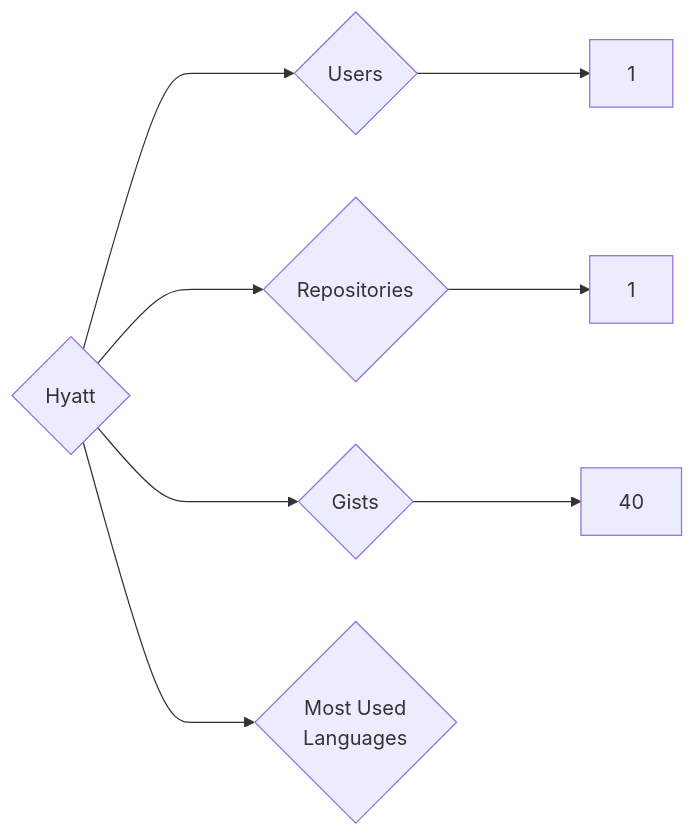
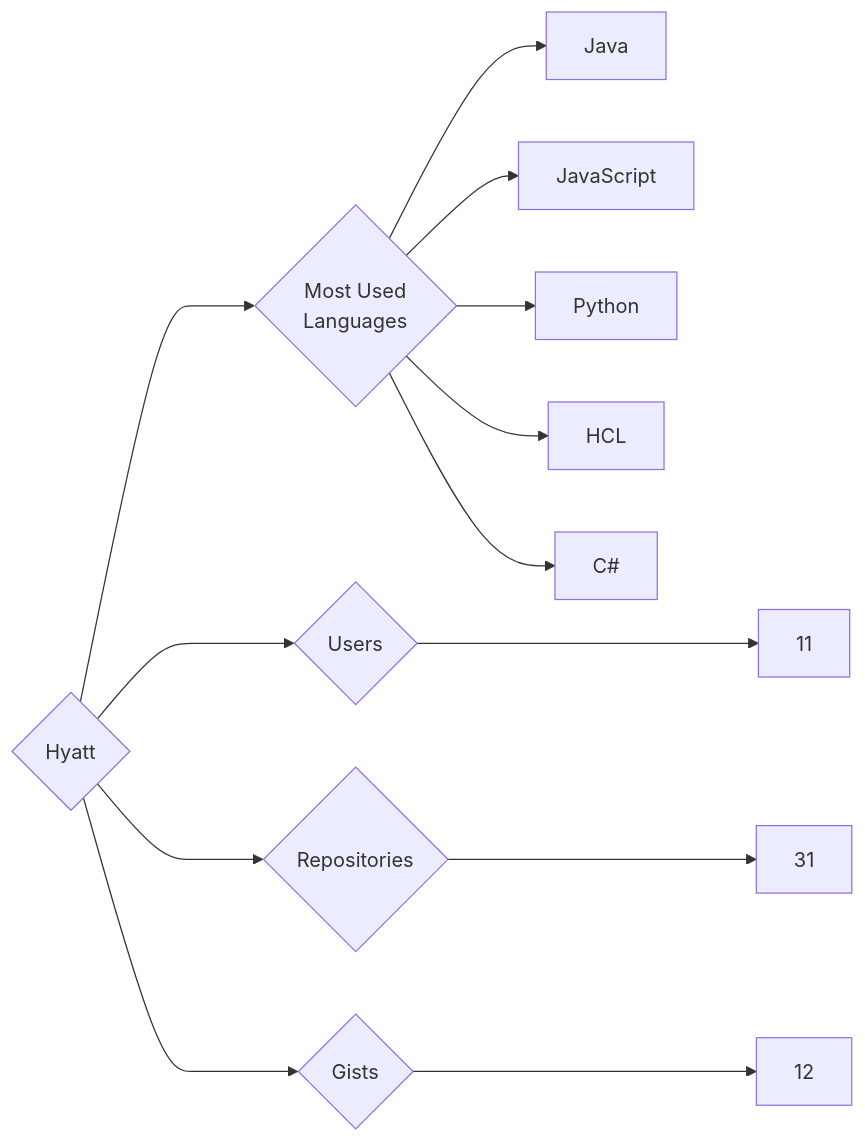
Before and after one commit to trickest/insiders: the diagram in targets/Hyatt/README.md, drawn with Mermaid. The commit also changed 440 other files, not shown here.

````diff
--- a/targets/Hyatt/README.md
+++ b/targets/Hyatt/README.md
@@ -3,8 +3,13 @@
 ```mermaid
 graph LR
 COMPANY_NAME{Hyatt}
-COMPANY_NAME ---> U{Users} ---> UN[1]
-COMPANY_NAME ---> R{Repositories} ---> RN[1]
-COMPANY_NAME ---> G{Gists} ---> GN[40]
+COMPANY_NAME ---> U{Users} ---> UN[11]
+COMPANY_NAME ---> R{Repositories} ---> RN[31]
+COMPANY_NAME ---> G{Gists} ---> GN[12]
 COMPANY_NAME ---> ML{Most Used<br>Languages}
+ML --> Java[Java]
+ML --> JavaScript[JavaScript]
+ML --> Python[Python]
+ML --> HCL[HCL]
+ML --> C#[C#]
 ```
````
